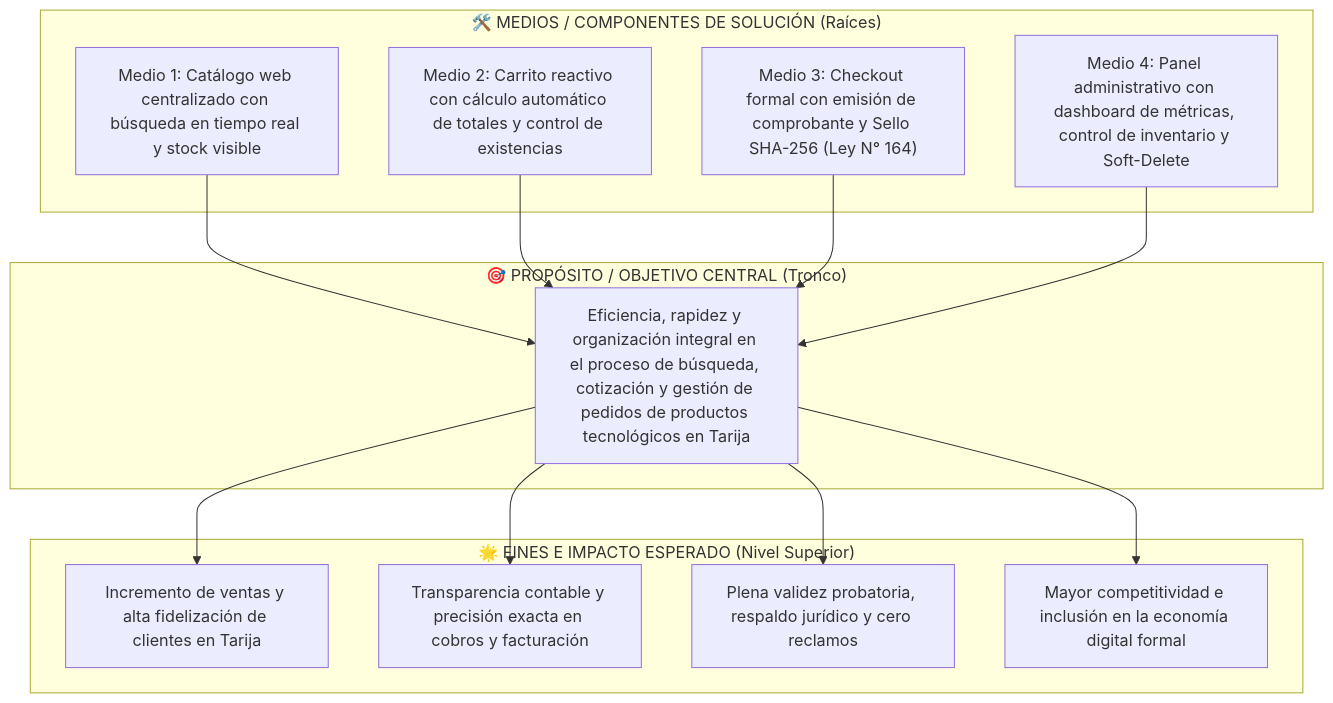
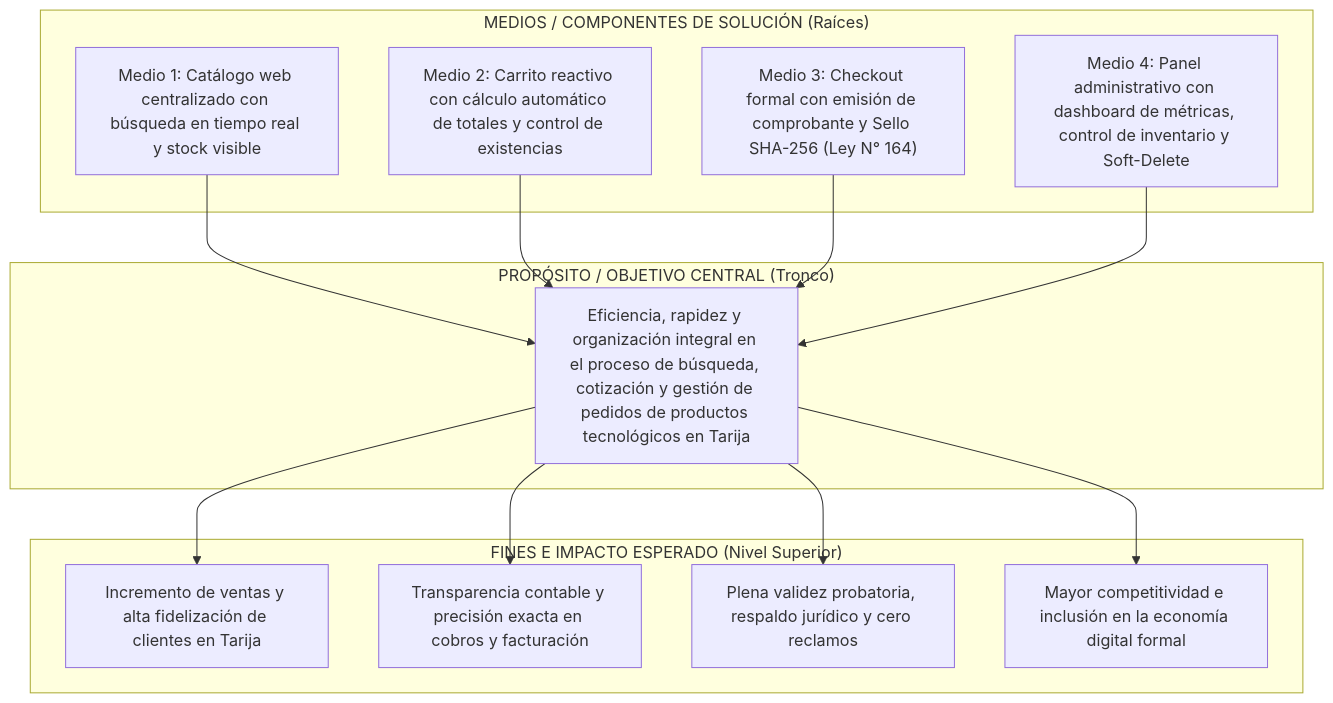
The second of 2 diagrams in PRD.md (arturopacocruz/Sistemas1-PDUR-TechStore), drawn with Mermaid before and after one commit. The commit also changed other lines of this file, not shown here.

Commit message:
Update print statement from 'Hello' to 'Goodbye'

````diff
--- a/PRD.md
+++ b/PRD.md
@@ -53,34 +53,34 @@
 ```mermaid
 graph TD
     %% FINES (NIVEL SUPERIOR)
-    subgraph FINES ["🌟 FINES E IMPACTO ESPERADO (Nivel Superior)"]
+    subgraph FINES ["FINES E IMPACTO ESPERADO (Nivel Superior)"]
         F1["Incremento de ventas y alta fidelización de clientes en Tarija"]
         F2["Transparencia contable y precisión exacta en cobros y facturación"]
         F3["Plena validez probatoria, respaldo jurídico y cero reclamos"]
         F4["Mayor competitividad e inclusión en la economía digital formal"]
     end
 
     %% OBJETIVO CENTRAL (TRONCO)
-    subgraph PROPOSITO ["🎯 PROPÓSITO / OBJETIVO CENTRAL (Tronco)"]
+    subgraph PROPOSITO ["PROPÓSITO / OBJETIVO CENTRAL (Tronco)"]
         OC["Eficiencia, rapidez y organización integral en el proceso de búsqueda, cotización y gestión de pedidos de productos tecnológicos en Tarija"]
     end
 
     %% MEDIOS / COMPONENTES (RAÍCES)
-    subgraph MEDIOS ["🛠️ MEDIOS / COMPONENTES DE SOLUCIÓN (Raíces)"]
+    subgraph MEDIOS ["MEDIOS / COMPONENTES DE SOLUCIÓN (Raíces)"]
         M1["Medio 1: Catálogo web centralizado con búsqueda en tiempo real y stock visible"]
         M2["Medio 2: Carrito reactivo con cálculo automático de totales y control de existencias"]
         M3["Medio 3: Checkout formal con emisión de comprobante y Sello SHA-256 (Ley N° 164)"]
         M4["Medio 4: Panel administrativo con dashboard de métricas, control de inventario y Soft-Delete"]
     end
 
     %% CONEXIONES DE SOLUCIÓN
     M1 --> OC
     M2 --> OC
     M3 --> OC
     M4 --> OC
 
     OC --> F1
     OC --> F2
     OC --> F3
     OC --> F4
 ```
````
